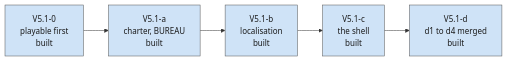
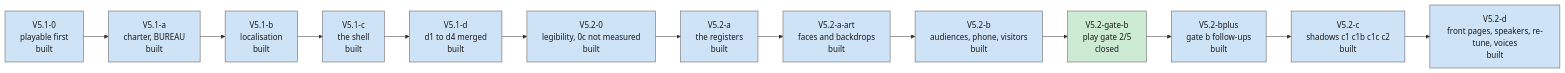
Before and after one commit to powerbassist/World-simulator: the second of 2 diagrams in docs/tiers/v5.md, drawn with Mermaid. The commit also changed other lines of this file and 3 other files, not shown here.

````diff
--- a/docs/tiers/v5.md
+++ b/docs/tiers/v5.md
@@ -80,13 +88,21 @@
 ```mermaid
 flowchart LR
   V51_0["V5.1-0<br/>playable first<br/>built"]:::built
   V51_a["V5.1-a<br/>charter, BUREAU<br/>built"]:::built
   V51_b["V5.1-b<br/>localisation<br/>built"]:::built
   V51_c["V5.1-c<br/>the shell<br/>built"]:::built
   V51_d["V5.1-d<br/>d1 to d4 merged<br/>built"]:::built
-  V51_0 --> V51_a --> V51_b --> V51_c --> V51_d
+  V52_0["V5.2-0<br/>legibility, 0c not measured<br/>built"]:::built
+  V52_a["V5.2-a<br/>the registers<br/>built"]:::built
+  V52_a_art["V5.2-a-art<br/>faces and backdrops<br/>built"]:::built
+  V52_b["V5.2-b<br/>audiences, phone, visitors<br/>built"]:::built
+  V52_gate_b["V5.2-gate-b<br/>play gate 2/5<br/>closed"]:::closed
+  V52_bplus["V5.2-bplus<br/>gate b follow-ups<br/>built"]:::built
+  V52_c["V5.2-c<br/>shadows c1 c1b c1c c2<br/>built"]:::built
+  V52_d["V5.2-d<br/>front pages, speakers, re-tune, voices<br/>built"]:::built
+  V51_0 --> V51_a --> V51_b --> V51_c --> V51_d --> V52_0 --> V52_a --> V52_a_art --> V52_b --> V52_gate_b --> V52_bplus --> V52_c --> V52_d
   classDef closed fill:#cdebd3,stroke:#555,color:#1a1a1a
   classDef built fill:#cfe3f7,stroke:#555,color:#1a1a1a
   classDef inprogress fill:#f3e7b5,stroke:#555,color:#1a1a1a
   classDef planned fill:#ececec,stroke:#555,color:#1a1a1a,stroke-dasharray:4 3
 ```
````
